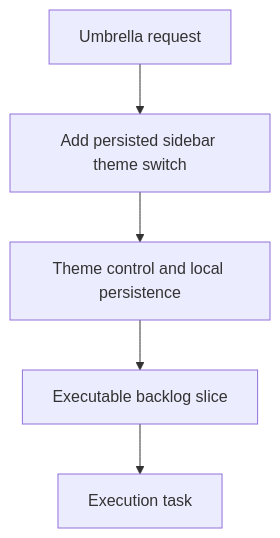
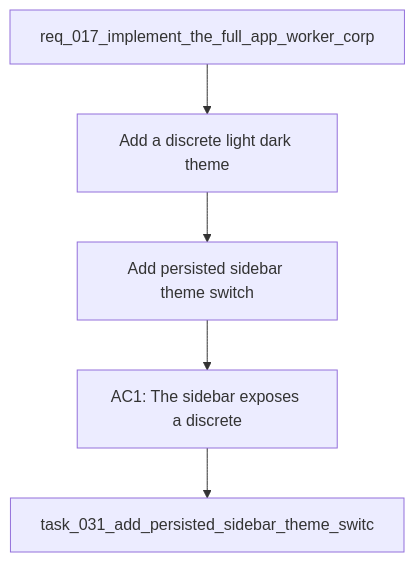
The diagram in logics/backlog/item_063_add_persisted_sidebar_theme_switch.md (AlexAgo83/deepvault), drawn with Mermaid before and after one commit. The commit also changed other lines of this file and 10 other files, not shown here.

Commit message:
chore(logics): close umbrella plan and sync workflow docs

````diff
--- a/logics/backlog/item_063_add_persisted_sidebar_theme_switch.md
+++ b/logics/backlog/item_063_add_persisted_sidebar_theme_switch.md
@@ -21,9 +22,9 @@
 ```mermaid
 %% logics-kind: backlog
-%% logics-signature: backlog|add-persisted-sidebar-theme-switch|req-017-implement-the-full-app-worker-co|theme-control-and-local-persistence|ac1-the-sidebar-exposes-a-discrete
+%% logics-signature: backlog|add-persisted-sidebar-theme-switch|req-017-implement-the-full-app-worker-co|add-a-discrete-light-dark-theme|ac1-the-sidebar-exposes-a-discrete
 flowchart TD
-    Request[Umbrella request] --> Problem[Add persisted sidebar theme switch]
-    Problem --> Scope[Theme control and local persistence]
-    Scope --> Acceptance[Executable backlog slice]
-    Acceptance --> Tasks[Execution task]
+    Request[req_017_implement_the_full_app_worker_corp] --> Problem[Add a discrete light dark theme]
+    Problem --> Scope[Add persisted sidebar theme switch]
+    Scope --> Acceptance[AC1: The sidebar exposes a discrete]
+    Acceptance --> Tasks[task_031_add_persisted_sidebar_theme_switc]
 ```
````
